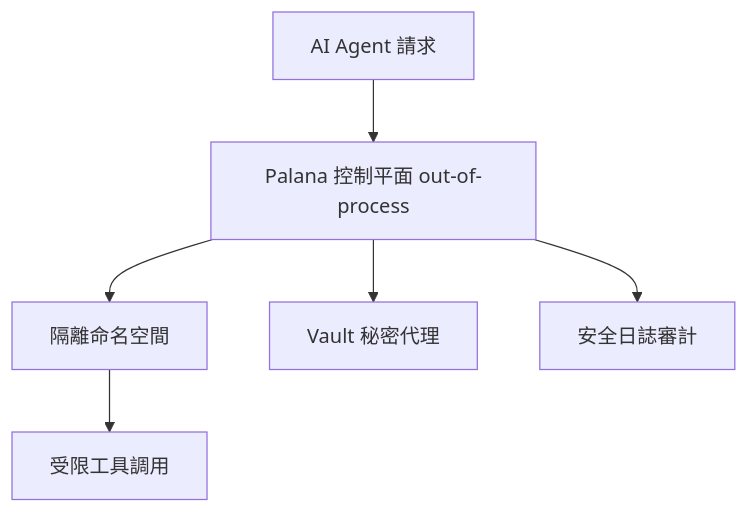
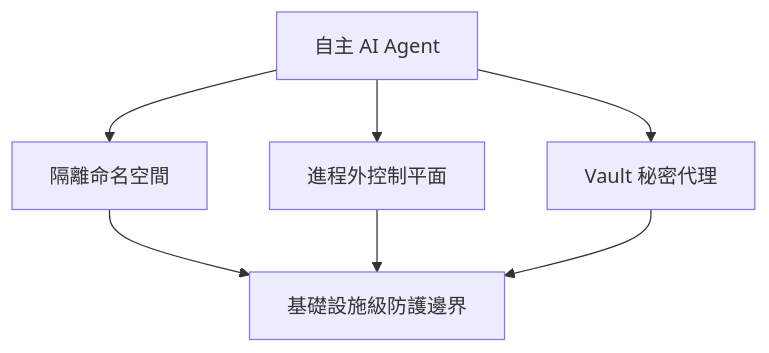
The second of 2 diagrams in 20-daily/2026-06-26.md (nick-xrex/ai-daily-content), drawn with Mermaid before and after one commit. The commit also changed other lines of this file and 3 other files, not shown here.

````diff
--- a/20-daily/2026-06-26.md
+++ b/20-daily/2026-06-26.md
@@ -38,8 +48,9 @@
 ```mermaid
-graph TD
-    A[AI Agent 請求] --> B[Palana 控制平面 out-of-process]
-    B --> C[隔離命名空間]
-    B --> D[Vault 秘密代理]
-    C --> E[受限工具調用]
-    B --> F[安全日誌審計]
+flowchart TD
+    Agent[自主 AI Agent] --> NS[隔離命名空間]
+    Agent --> CP[進程外控制平面]
+    Agent --> Vault[Vault 秘密代理]
+    NS --> Guard[基礎設施級防護邊界]
+    CP --> Guard
+    Vault --> Guard
 ```
````
